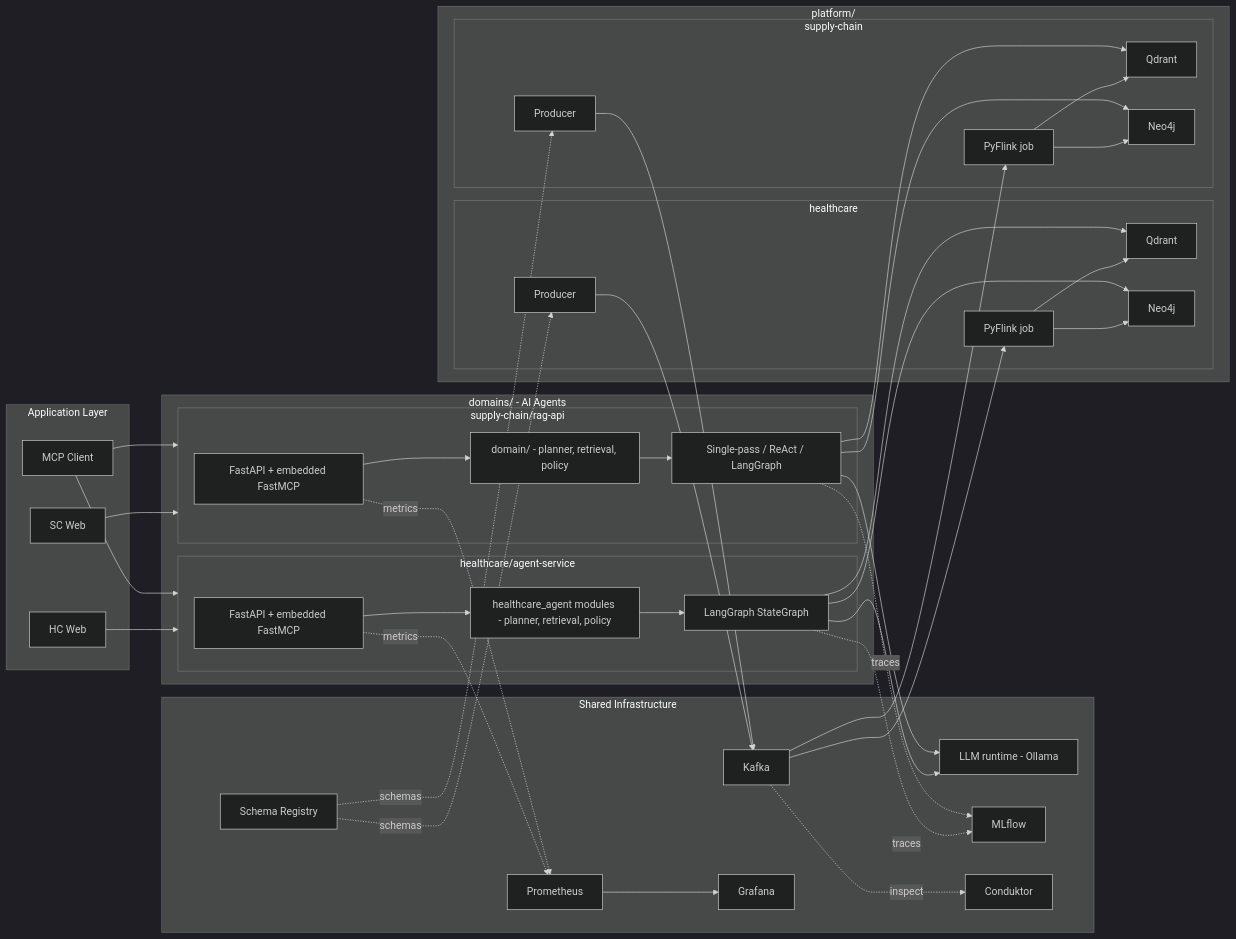
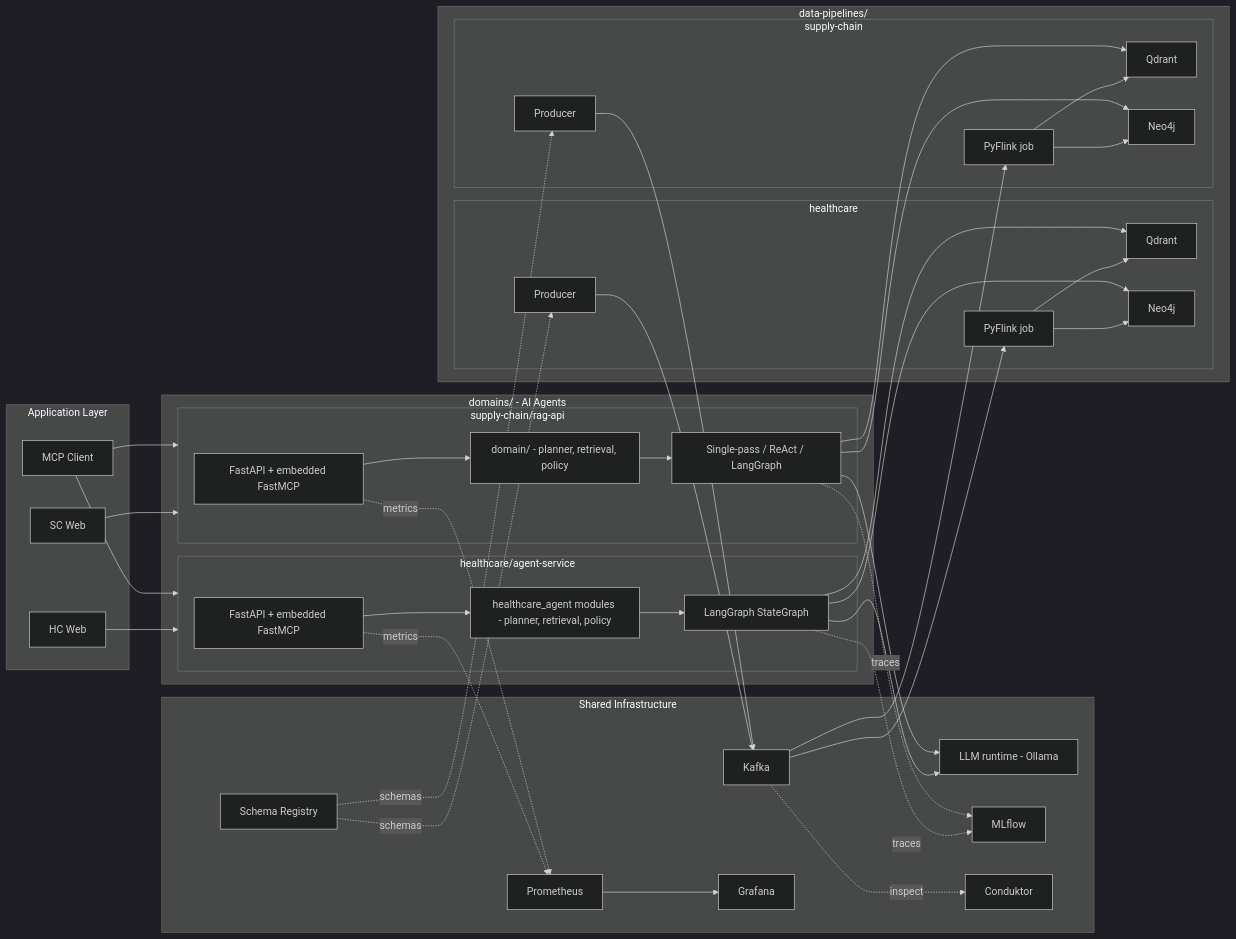
The first of 4 diagrams in docs/02_architecture.md (wchen-dea/Agentic-AI-Healthcare-GraphRAG), drawn with Mermaid (dark theme) before and after one commit. The commit also changed other lines of this file and 233 other files, not shown here.

````diff
--- a/docs/02_architecture.md
+++ b/docs/02_architecture.md
@@ -258,65 +258,65 @@
 ```mermaid
 flowchart LR
   subgraph Infra[Shared Infrastructure]
     K[Kafka]
     SR[Schema Registry]
     L[LLM runtime - Ollama]
     PR[Prometheus]
     GF[Grafana]
     MLF[MLflow]
     CDK[Conduktor]
   end
 
-  subgraph DP[platform/]
+  subgraph DP[data-pipelines/]
     subgraph DPHC[healthcare]
       HP[Producer] --> K
       SR -. schemas .-> HP
       K --> HF[PyFlink job]
       HF --> HQ[Qdrant]
       HF --> HN[Neo4j]
     end
     subgraph DPSC[supply-chain]
       SP[Producer] --> K
       SR -. schemas .-> SP
       K --> SF[PyFlink job]
       SF --> SQ[Qdrant]
       SF --> SN[Neo4j]
     end
   end
 
   subgraph Domains[domains/ - AI Agents]
     subgraph HCA[healthcare/agent-service]
       HAPI[FastAPI + embedded FastMCP]
       HDOM[healthcare_agent modules - planner, retrieval, policy]
       HMODES[LangGraph StateGraph]
       HAPI --> HDOM --> HMODES
     end
     subgraph SCA[supply-chain/rag-api]
       SAPI[FastAPI + embedded FastMCP]
       SDOM[domain/ - planner, retrieval, policy]
       SMODES[Single-pass / ReAct / LangGraph]
       SAPI --> SDOM --> SMODES
     end
   end
 
   subgraph UI[Application Layer]
     HWeb[HC Web] --> HCA
     SWeb[SC Web] --> SCA
     MCPClient[MCP Client] --> HCA
     MCPClient --> SCA
   end
 
   HMODES --> HQ
   HMODES --> HN
   SMODES --> SQ
   SMODES --> SN
   HMODES --> L
   SMODES --> L
 
   K -. inspect .-> CDK
   HAPI -. metrics .-> PR
   SAPI -. metrics .-> PR
   HMODES -. traces .-> MLF
   SMODES -. traces .-> MLF
   PR --> GF
 ```
````
